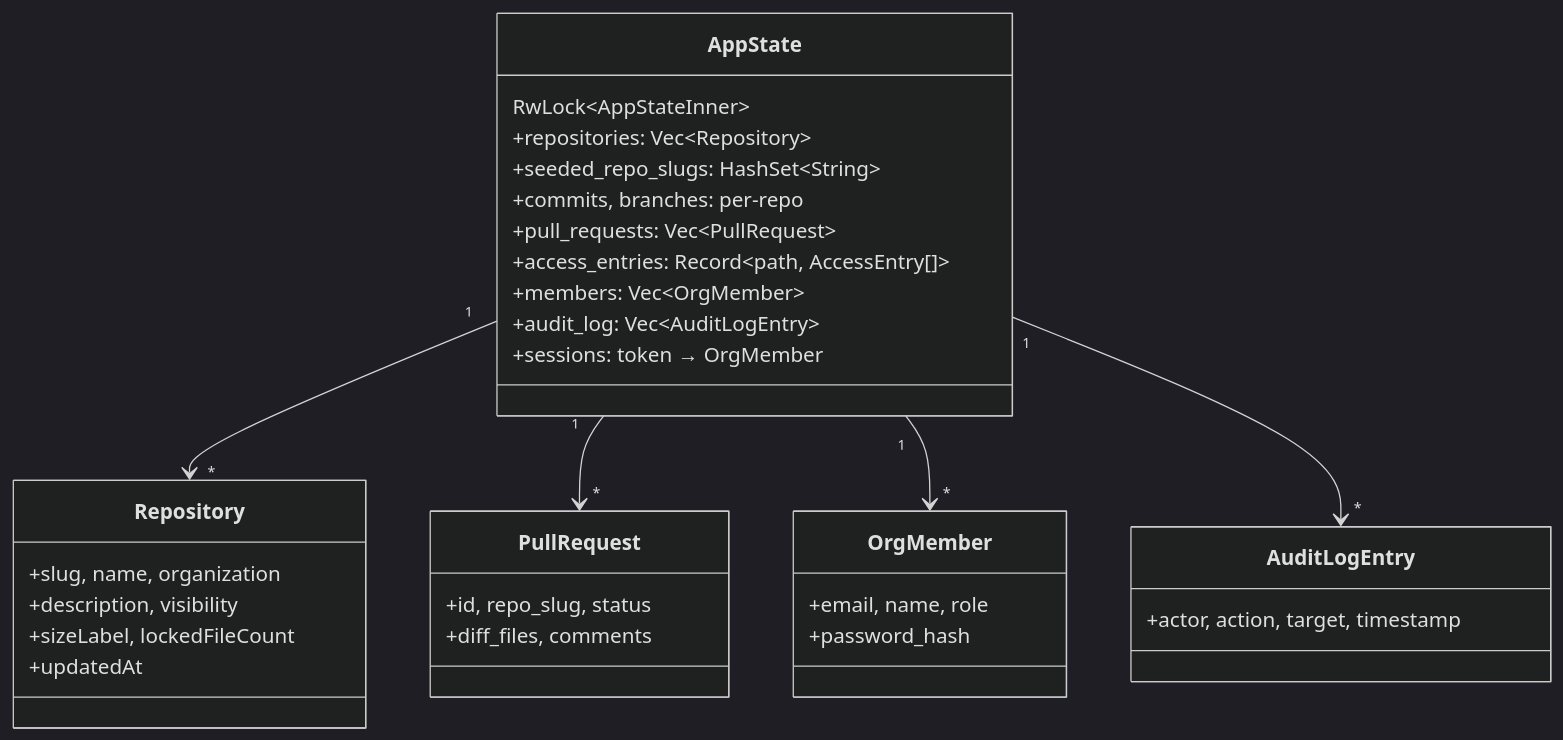
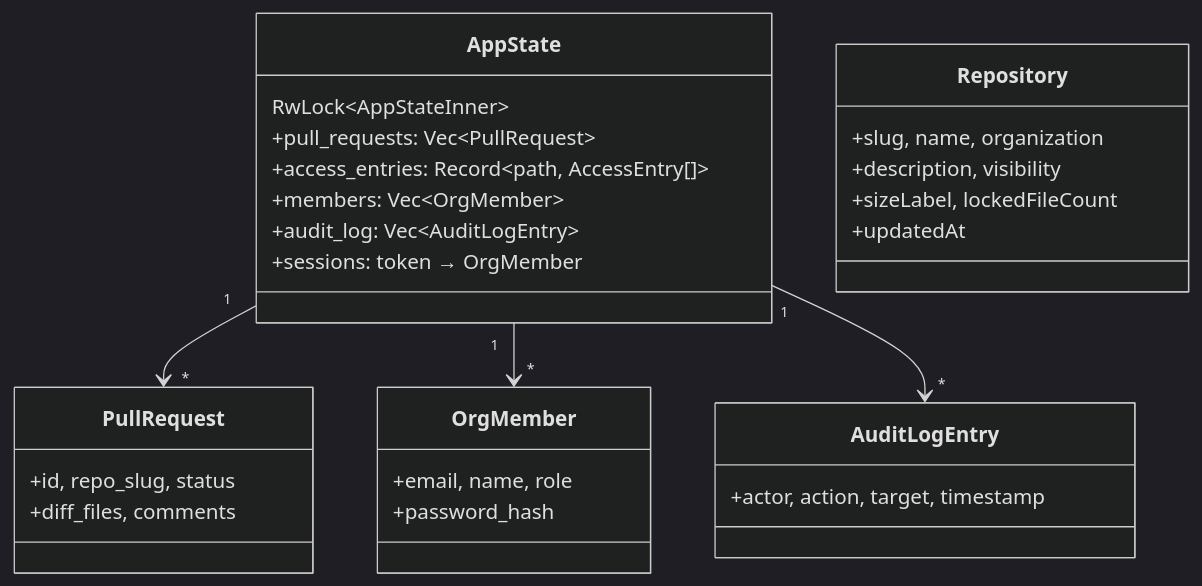
One commit to manato1201/LoreDesktopAndWebSystem changed the fifth of 9 diagrams in docs/ARCHITECTURE_AND_DESIGN.md. Above: the diagram before and after it, drawn with Mermaid (dark theme). The commit also changed other lines of this file and 7 other files, not shown here.

````diff
--- a/docs/ARCHITECTURE_AND_DESIGN.md
+++ b/docs/ARCHITECTURE_AND_DESIGN.md
@@ -174,35 +178,31 @@
 ```mermaid
 classDiagram
     class AppState {
         RwLock~AppStateInner~
-        +repositories: Vec~Repository~
-        +seeded_repo_slugs: HashSet~String~
-        +commits, branches: per-repo
         +pull_requests: Vec~PullRequest~
         +access_entries: Record~path, AccessEntry[]~
         +members: Vec~OrgMember~
         +audit_log: Vec~AuditLogEntry~
         +sessions: token → OrgMember
     }
     class Repository {
         +slug, name, organization
         +description, visibility
         +sizeLabel, lockedFileCount
         +updatedAt
     }
     class PullRequest {
         +id, repo_slug, status
         +diff_files, comments
     }
     class OrgMember {
         +email, name, role
         +password_hash
     }
     class AuditLogEntry {
         +actor, action, target, timestamp
     }
-    AppState "1" --> "*" Repository
     AppState "1" --> "*" PullRequest
     AppState "1" --> "*" OrgMember
     AppState "1" --> "*" AuditLogEntry
 ```
````
